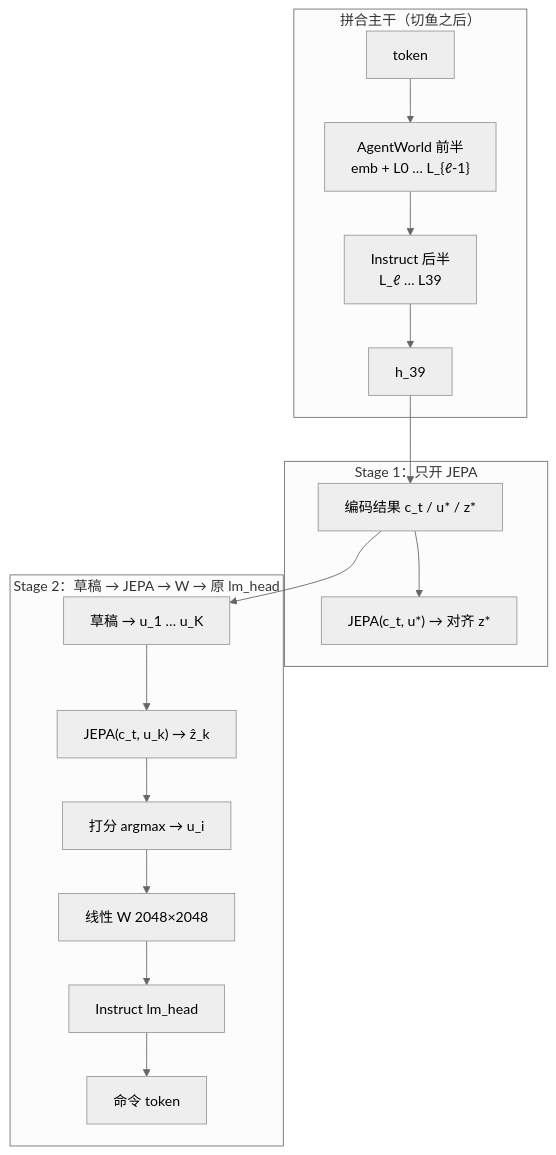
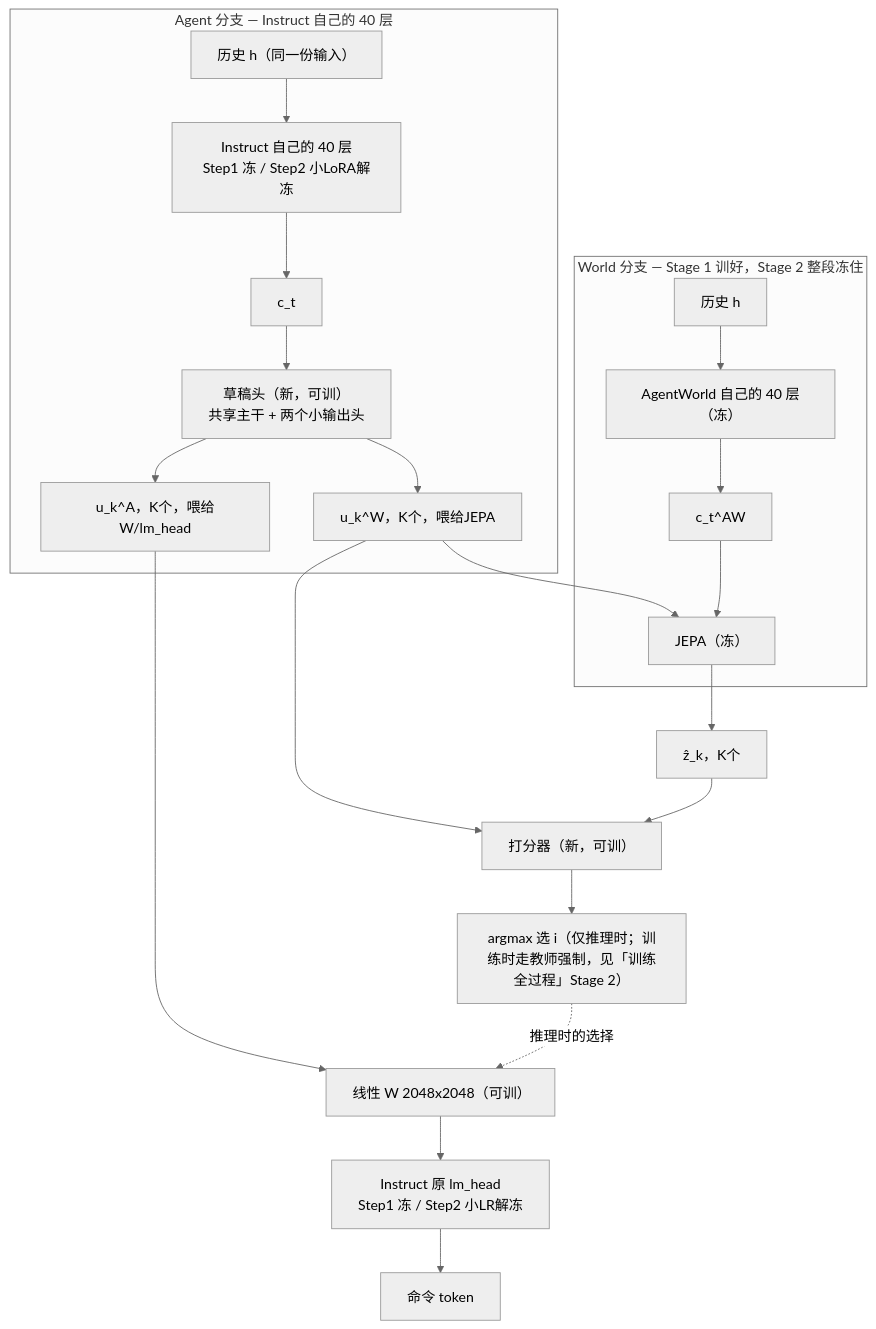
The first of 2 diagrams in AGENTS.md (MegaGimen/BIV), drawn with Mermaid (neutral theme) before and after one commit. The commit also changed other lines of this file and 7 other files, not shown here.

First line of the commit message:
Drop fish-cut merge; JEPA/agent become two separate, unmodified backbones

````diff
--- a/AGENTS.md
+++ b/AGENTS.md
@@ -131,23 +114,26 @@
 ```mermaid
 flowchart TD
-    subgraph sg_pipe["拼合主干（切鱼之后）"]
-        TOK["token"] --> AW["AgentWorld 前半<br/>emb + L0 … L_{ℓ-1}"]
-        AW --> INS["Instruct 后半<br/>L_ℓ … L39"]
-        INS --> H39["h_39"]
+    subgraph WORLD["World 分支 — Stage 1 训好，Stage 2 整段冻住"]
+        H1["历史 h"] --> AWBB["AgentWorld 自己的 40 层（冻）"]
+        AWBB --> CTW["c_t^AW"]
+        CTW --> JEPA["JEPA（冻）"]
     end
 
-    H39 --> CT["编码结果 c_t / u* / z*"]
-
-    subgraph sg_s1["Stage 1：只开 JEPA"]
-        CT --> JEPA1["JEPA(c_t, u*) → 对齐 z*"]
+    subgraph AGENT["Agent 分支 — Instruct 自己的 40 层"]
+        H2["历史 h（同一份输入）"] --> INSBB["Instruct 自己的 40 层<br/>Step1 冻 / Step2 小LoRA解冻"]
+        INSBB --> CT["c_t"]
+        CT --> DRAFT["草稿头（新，可训）<br/>共享主干 + 两个小输出头"]
+        DRAFT --> UW["u_k^W，K个，喂给JEPA"]
+        DRAFT --> UA["u_k^A，K个，喂给W/lm_head"]
     end
 
-    subgraph sg_s2["Stage 2：草稿 → JEPA → W → 原 lm_head"]
-        CT --> DRAFT["草稿 → u_1 … u_K"]
-        DRAFT --> JEPA2["JEPA(c_t, u_k) → ẑ_k"]
-        JEPA2 --> SC["打分 argmax → u_i"]
-        SC --> LIN["线性 W 2048×2048"]
-        LIN --> LMH["Instruct lm_head"]
-        LMH --> CMD["命令 token"]
-    end
+    UW --> JEPA
+    JEPA --> ZHAT["ẑ_k，K个"]
+    ZHAT --> SCORER["打分器（新，可训）"]
+    UW --> SCORER
+    SCORER --> PICK["argmax 选 i（仅推理时；训练时走教师强制，见「训练全过程」Stage 2）"]
+    UA --> WMAT["线性 W 2048x2048（可训）"]
+    PICK -. 推理时的选择 .-> WMAT
+    WMAT --> LMHEAD["Instruct 原 lm_head<br/>Step1 冻 / Step2 小LR解冻"]
+    LMHEAD --> CMD["命令 token"]
 ```
````
